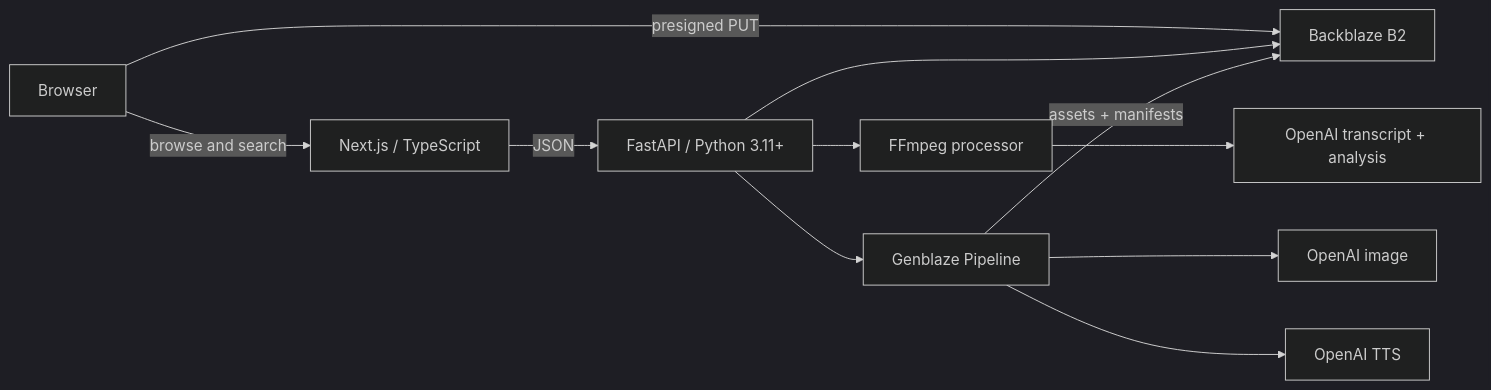
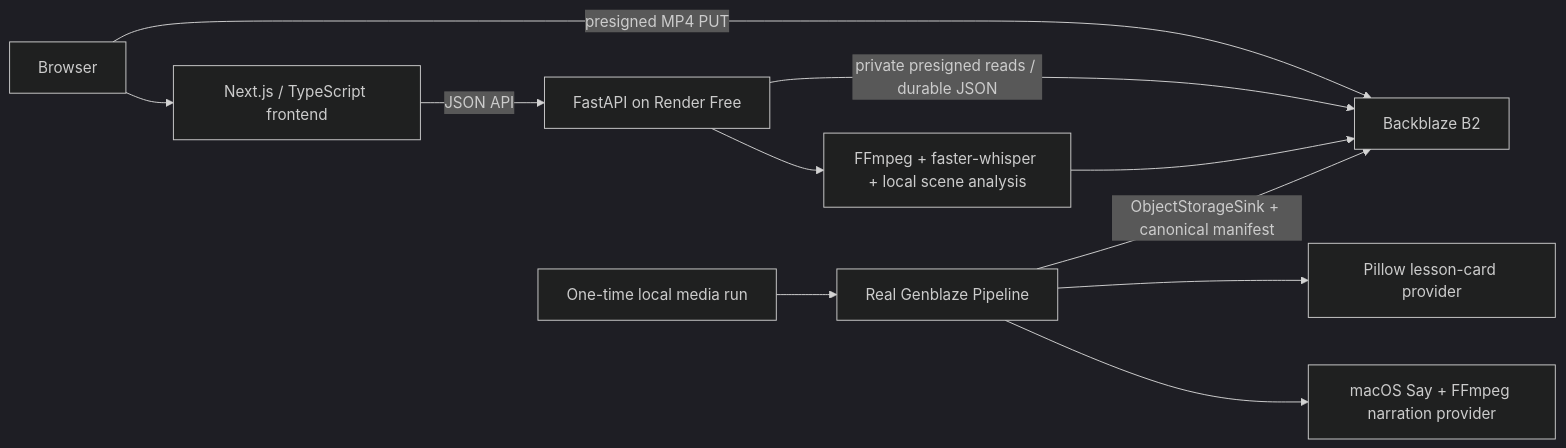
Before and after one commit to MarieChantal1998/AARchive: the diagram in README.md, drawn with Mermaid (dark theme). The commit also changed other lines of this file and 14 other files, not shown here.

````diff
--- a/README.md
+++ b/README.md
@@ -17,13 +39,13 @@
 ```mermaid
 flowchart LR
-    Browser -->|"browse and search"| Next["Next.js / TypeScript"]
-    Browser -->|"presigned PUT"| B2["Backblaze B2"]
-    Next -->|"JSON"| API["FastAPI / Python 3.11+"]
-    API --> B2
-    API --> Worker["FFmpeg processor"]
-    Worker --> AI["OpenAI transcript + analysis"]
-    API --> GB["Genblaze Pipeline"]
-    GB --> Image["OpenAI image"]
-    GB --> TTS["OpenAI TTS"]
-    GB -->|"assets + manifests"| B2
+    Browser --> Frontend["Next.js / TypeScript frontend"]
+    Browser -->|"presigned MP4 PUT"| B2["Backblaze B2"]
+    Frontend -->|"JSON API"| API["FastAPI on Render Free"]
+    API -->|"private presigned reads / durable JSON"| B2
+    API --> Processor["FFmpeg + faster-whisper + local scene analysis"]
+    Processor --> B2
+    LocalRun["One-time local media run"] --> Pipeline["Real Genblaze Pipeline"]
+    Pipeline --> Card["Pillow lesson-card provider"]
+    Pipeline --> TTS["macOS Say + FFmpeg narration provider"]
+    Pipeline -->|"ObjectStorageSink + canonical manifest"| B2
 ```
````
